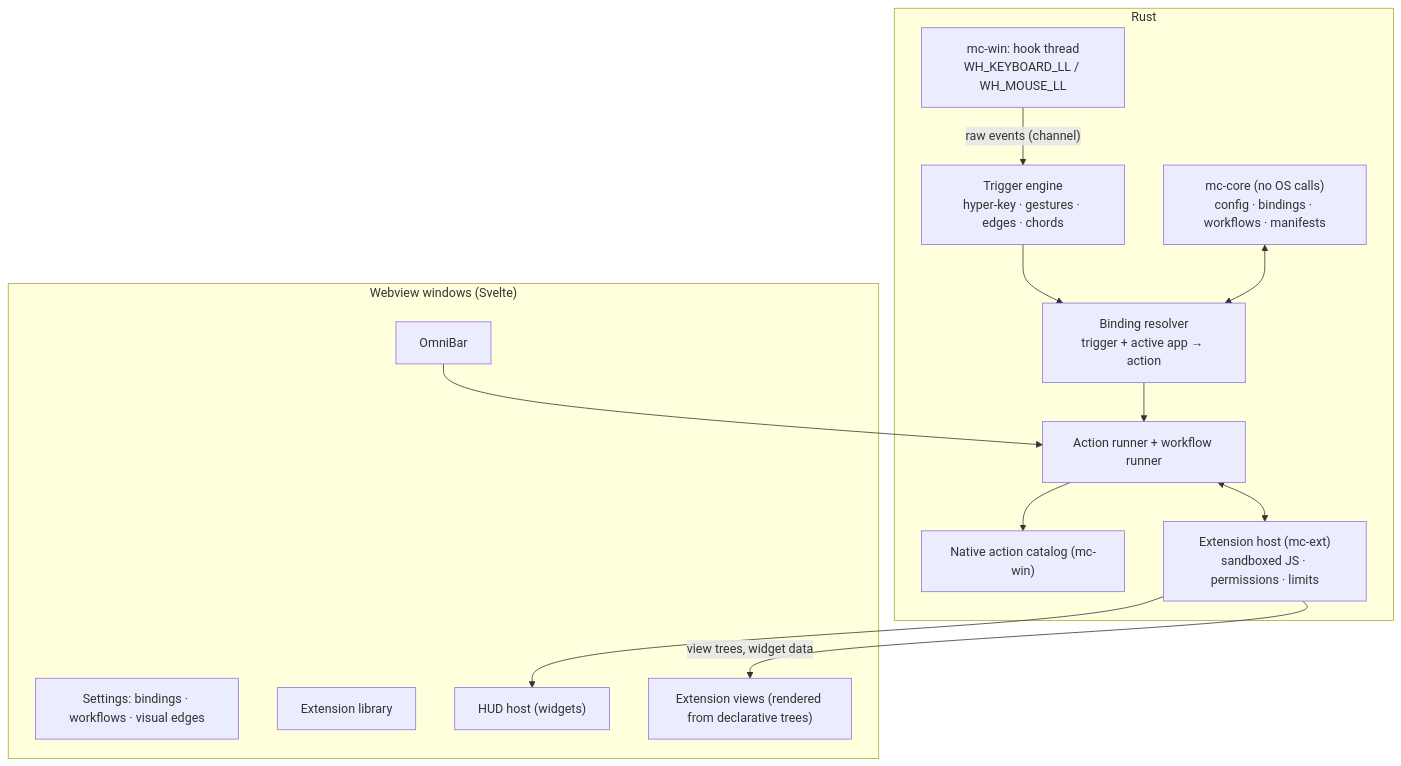
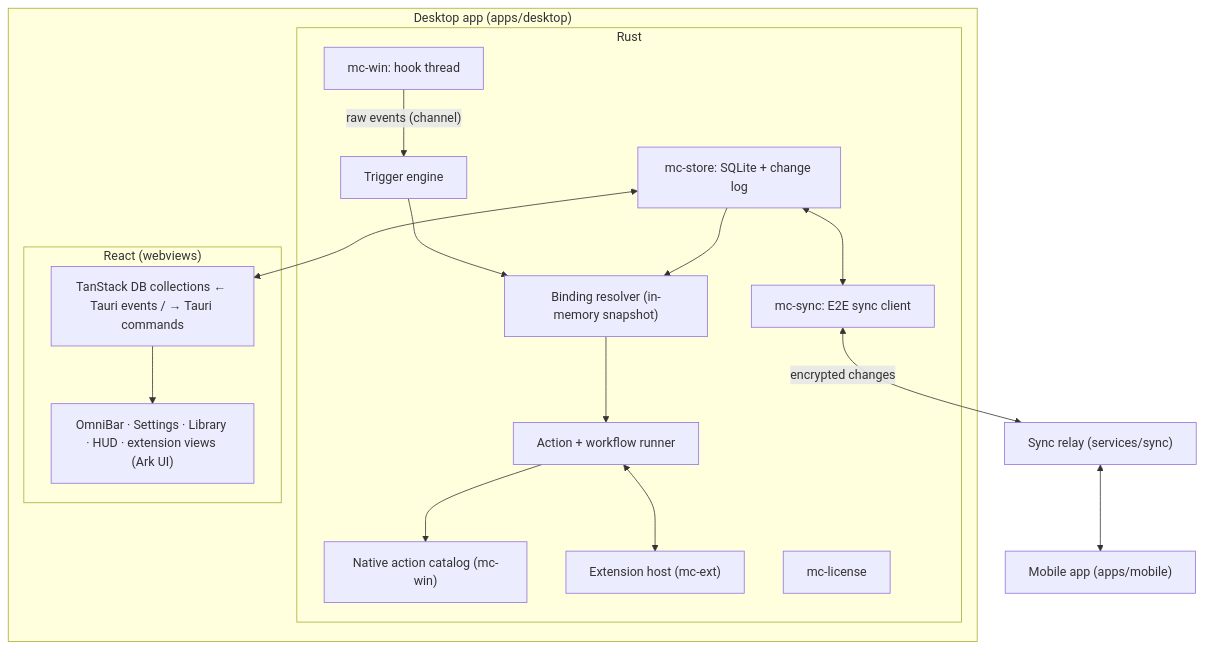
One commit to aydieojewelry/MouseComb changed the second of 2 diagrams in APP_SPEC.md. Above: the diagram before and after it, drawn with Mermaid. The commit also changed other lines of this file and 3 other files, not shown here.

First line of the commit message:
Switch UI to React + Ark UI/Zag + TanStack; add sync, Pro edition (B-0003)

````diff
--- a/APP_SPEC.md
+++ b/APP_SPEC.md
@@ -67,26 +84,28 @@
 ```mermaid
 graph TD
-  subgraph Rust["Rust"]
-    HOOK["mc-win: hook thread<br/>WH_KEYBOARD_LL / WH_MOUSE_LL"]
-    TRIG["Trigger engine<br/>hyper-key · gestures · edges · chords"]
-    BIND["Binding resolver<br/>trigger + active app → action"]
-    RUN["Action runner + workflow runner"]
-    CAT["Native action catalog (mc-win)"]
-    HOST["Extension host (mc-ext)<br/>sandboxed JS · permissions · limits"]
-    CORE["mc-core (no OS calls)<br/>config · bindings · workflows · manifests"]
-  end
-  subgraph UI["Webview windows (Svelte)"]
-    OMNI["OmniBar"]
-    SET["Settings: bindings · workflows · visual edges"]
-    STORE["Extension library"]
-    HUD["HUD host (widgets)"]
-    VIEWS["Extension views (rendered from declarative trees)"]
+  subgraph Desktop["Desktop app (apps/desktop)"]
+    subgraph Rust["Rust"]
+      HOOK["mc-win: hook thread"]
+      TRIG["Trigger engine"]
+      BIND["Binding resolver (in-memory snapshot)"]
+      RUN["Action + workflow runner"]
+      CAT["Native action catalog (mc-win)"]
+      HOST["Extension host (mc-ext)"]
+      STORE["mc-store: SQLite + change log"]
+      SYNC["mc-sync: E2E sync client"]
+      LIC["mc-license"]
+    end
+    subgraph React["React (webviews)"]
+      DB["TanStack DB collections ← Tauri events / → Tauri commands"]
+      UIW["OmniBar · Settings · Library · HUD · extension views (Ark UI)"]
+    end
   end
   HOOK -- "raw events (channel)" --> TRIG --> BIND --> RUN
   RUN --> CAT
   RUN <--> HOST
-  CORE <--> BIND
-  OMNI --> RUN
-  HOST -- "view trees, widget data" --> VIEWS
-  HOST --> HUD
+  STORE --> BIND
+  STORE <--> SYNC
+  SYNC <-- "encrypted changes" --> RELAY["Sync relay (services/sync)"]
+  RELAY <--> PHONE["Mobile app (apps/mobile)"]
+  STORE <--> DB --> UIW
 ```
````
